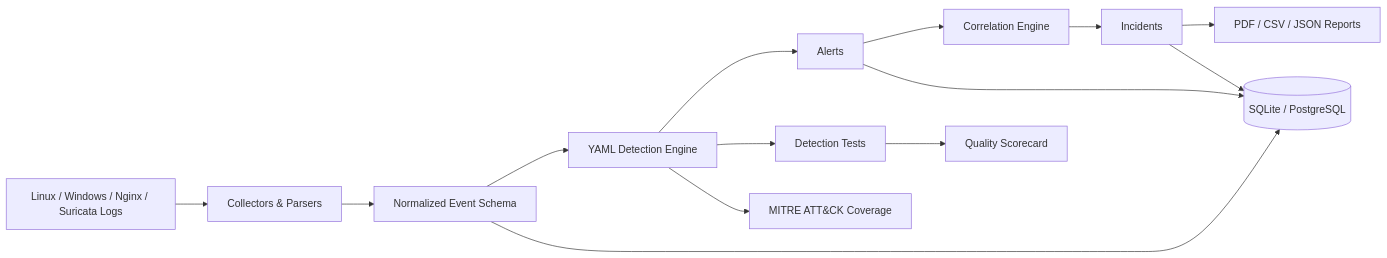
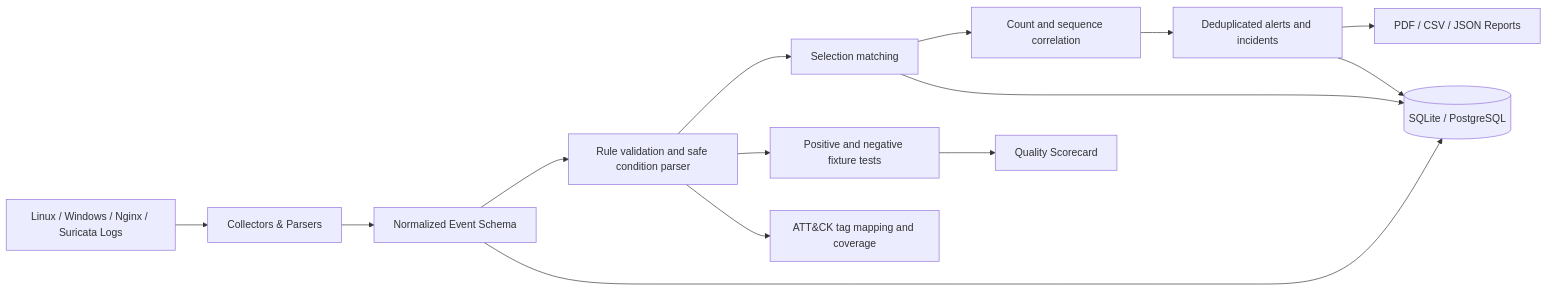
Before and after one commit to sarahalqaisi/DetectionForge: the diagram in README.md, drawn with Mermaid. The commit also changed other lines of this file and 35 other files, not shown here.

````diff
--- a/README.md
+++ b/README.md
@@ -52,16 +56,16 @@
 ```mermaid
 flowchart LR
     A[Linux / Windows / Nginx / Suricata Logs] --> B[Collectors & Parsers]
     B --> C[Normalized Event Schema]
-    C --> D[YAML Detection Engine]
-    D --> E[Alerts]
-    E --> F[Correlation Engine]
-    F --> G[Incidents]
-    D --> H[Detection Tests]
+    C --> D[Rule validation and safe condition parser]
+    D --> E[Selection matching]
+    E --> F[Count and sequence correlation]
+    F --> G[Deduplicated alerts and incidents]
+    D --> H[Positive and negative fixture tests]
     H --> I[Quality Scorecard]
     G --> J[PDF / CSV / JSON Reports]
-    D --> K[MITRE ATT&CK Coverage]
+    D --> K[ATT&CK tag mapping and coverage]
     C --> L[(SQLite / PostgreSQL)]
     E --> L
     G --> L
 ```
````
